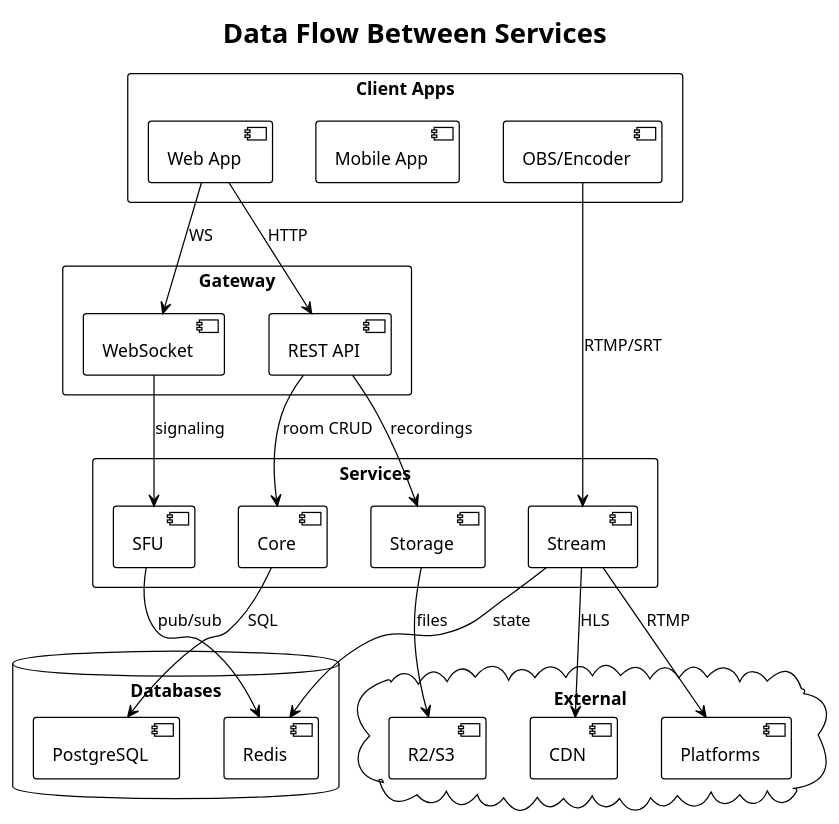
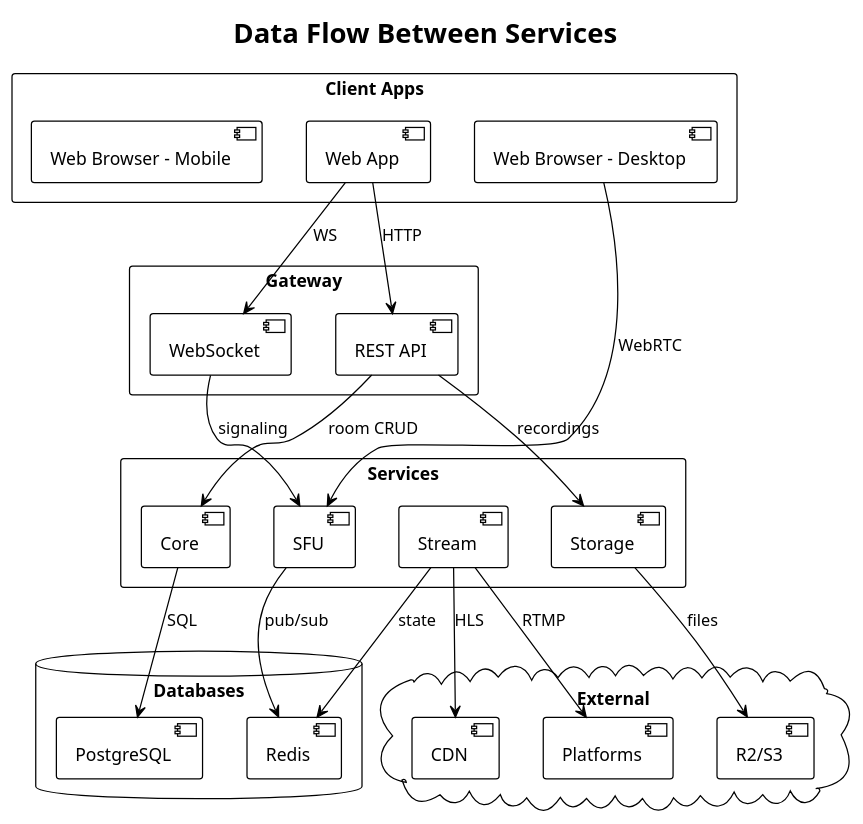
Before and after one commit to stellalphatic/Executewithyou-video-server: the fifth of 7 diagrams in docs/architecture/DIAGRAMS.md, drawn with PlantUML. The commit also changed 222 other files, not shown here.

````diff
--- a/docs/architecture/DIAGRAMS.md
+++ b/docs/architecture/DIAGRAMS.md
@@ -234,53 +234,53 @@
 ```plantuml
 @startuml Data_Flow
 !theme plain
 
 title Data Flow Between Services
 
 rectangle "Client Apps" as clients {
   [Web App]
-  [Mobile App]
-  [OBS/Encoder]
+  [Web Browser - Desktop]
+  [Web Browser - Mobile]
 }
 
 rectangle "Gateway" as gw {
   [REST API]
   [WebSocket]
 }
 
 rectangle "Services" as services {
   [Core] as core
   [SFU] as sfu
   [Stream] as stream
   [Storage] as storage
 }
 
 database "Databases" as dbs {
   [PostgreSQL] as pg
   [Redis] as redis
 }
 
 cloud "External" as ext {
   [R2/S3] as r2
   [CDN] as cdn
   [Platforms] as platforms
 }
 
 [Web App] --> [REST API] : HTTP
 [Web App] --> [WebSocket] : WS
-[OBS/Encoder] --> stream : RTMP/SRT
+[Web Browser - Desktop] --> sfu : WebRTC
 
 [REST API] --> core : room CRUD
 [REST API] --> storage : recordings
 [WebSocket] --> sfu : signaling
 
 core --> pg : SQL
 sfu --> redis : pub/sub
 stream --> redis : state
 storage --> r2 : files
 
 stream --> cdn : HLS
 stream --> platforms : RTMP
 
 @enduml
 ```
````
